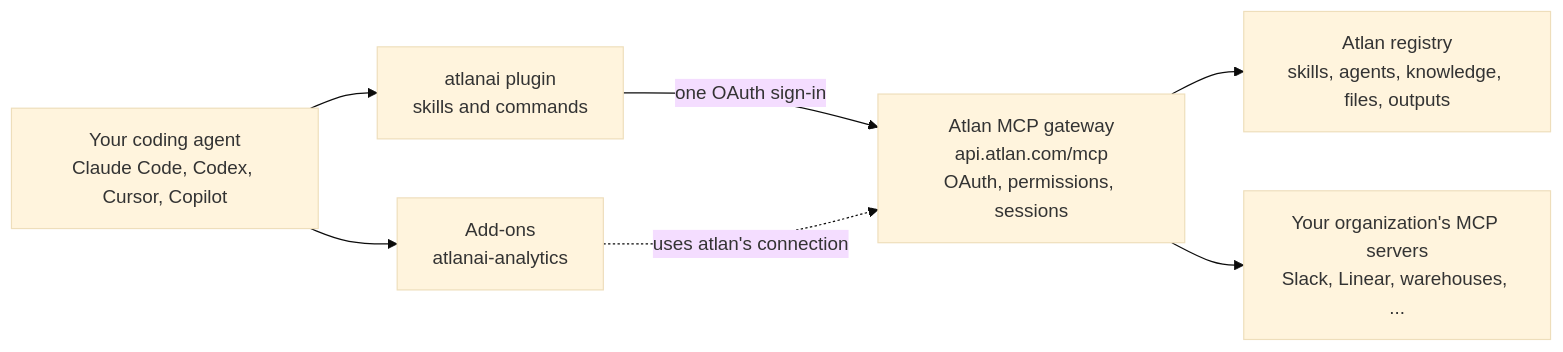
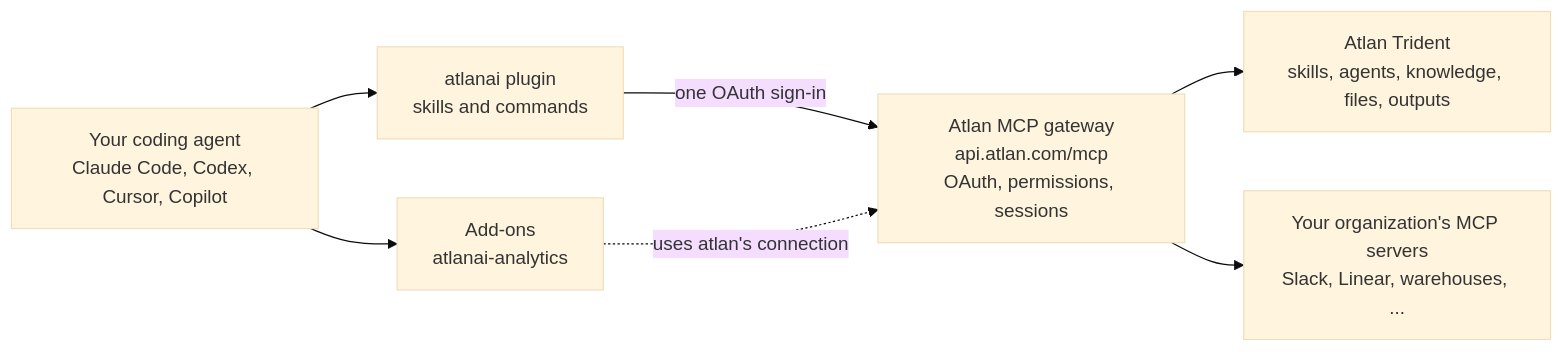
The diagram in README.md (atlanai/atlan-plugins), drawn with Mermaid (base theme) before and after one commit. The commit also changed other lines of this file and 40 other files, not shown here.

First line of the commit message:
Rename the registry to Atlan Trident in plugin names, manifests and mod messages

````diff
--- a/README.md
+++ b/README.md
@@ -155,16 +155,16 @@
 ```mermaid
 flowchart LR
   agent["Your coding agent<br/>Claude Code, Codex, Cursor, Copilot"]
   plugin["atlanai plugin<br/>skills and commands"]
   addon["Add-ons<br/>atlanai-analytics"]
   gateway["Atlan MCP gateway<br/>api.atlan.com/mcp<br/>OAuth, permissions, sessions"]
-  registry["Atlan registry<br/>skills, agents, knowledge, files, outputs"]
+  registry["Atlan Trident<br/>skills, agents, knowledge, files, outputs"]
   servers["Your organization's MCP servers<br/>Slack, Linear, warehouses, ..."]
 
   agent --> plugin
   agent --> addon
   plugin -- "one OAuth sign-in" --> gateway
   addon -. "uses atlan's connection" .-> gateway
   gateway --> registry
   gateway --> servers
 ```
````
